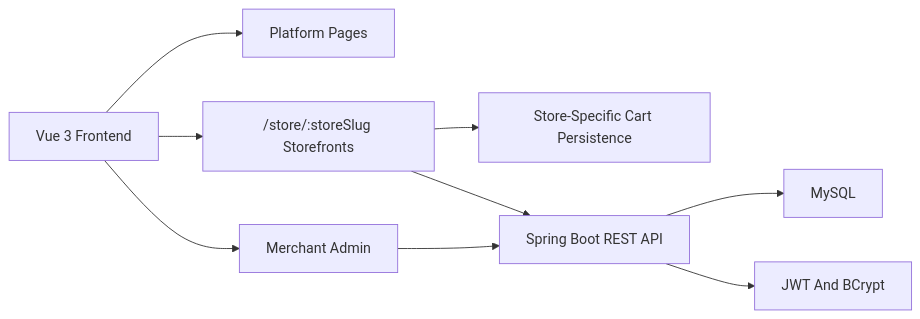
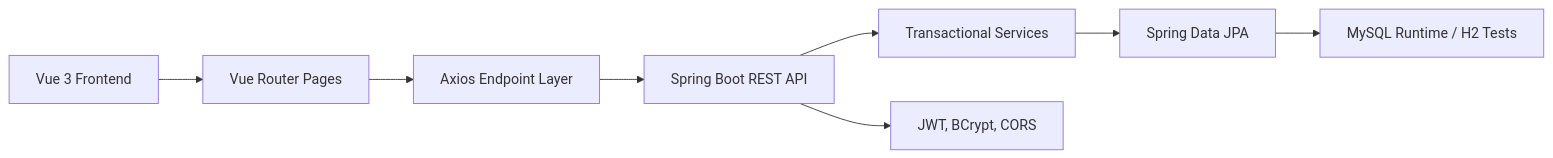
The diagram in docs/ARCHITECTURE.md (hannnnnnnny/ReNova-Second-Hand-C2C-Marketplace), drawn with Mermaid before and after one commit. The commit also changed other lines of this file and 33 other files, not shown here.

Commit message:
Harden ReNova API boundaries and tests

````diff
--- a/docs/ARCHITECTURE.md
+++ b/docs/ARCHITECTURE.md
@@ -12,11 +12,10 @@
 ```mermaid
 flowchart LR
-  Browser["Vue 3 Frontend"] --> Platform["Platform Pages"]
-  Browser --> GeneratedStores["/store/:storeSlug Storefronts"]
-  Browser --> Admin["Merchant Admin"]
-  GeneratedStores --> BrowserPersistence["Store-Specific Cart Persistence"]
-  Admin --> Api["Spring Boot REST API"]
-  GeneratedStores --> Api
-  Api --> Database["MySQL"]
-  Api --> Security["JWT And BCrypt"]
+  Browser["Vue 3 Frontend"] --> Router["Vue Router Pages"]
+  Router --> ApiLayer["Axios Endpoint Layer"]
+  ApiLayer --> RestApi["Spring Boot REST API"]
+  RestApi --> Services["Transactional Services"]
+  Services --> Repositories["Spring Data JPA"]
+  Repositories --> Database["MySQL Runtime / H2 Tests"]
+  RestApi --> Security["JWT, BCrypt, CORS"]
 ```
````
